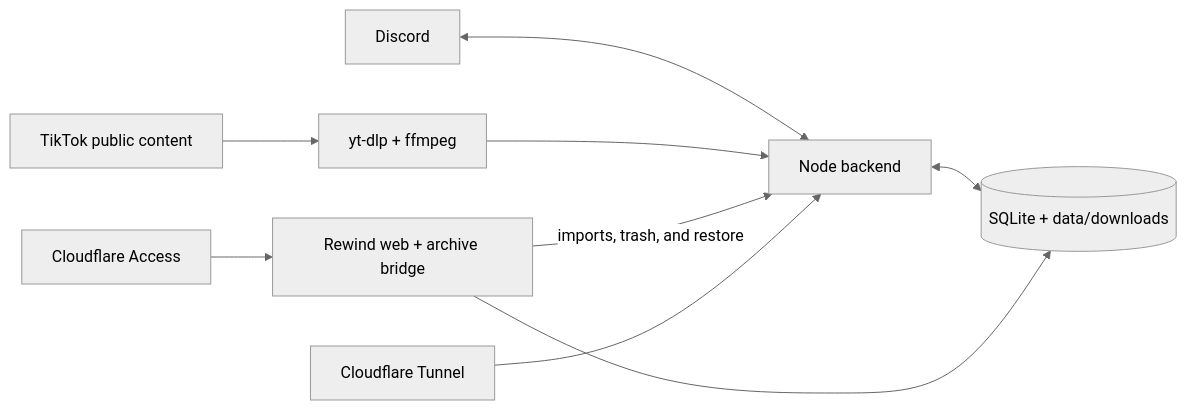
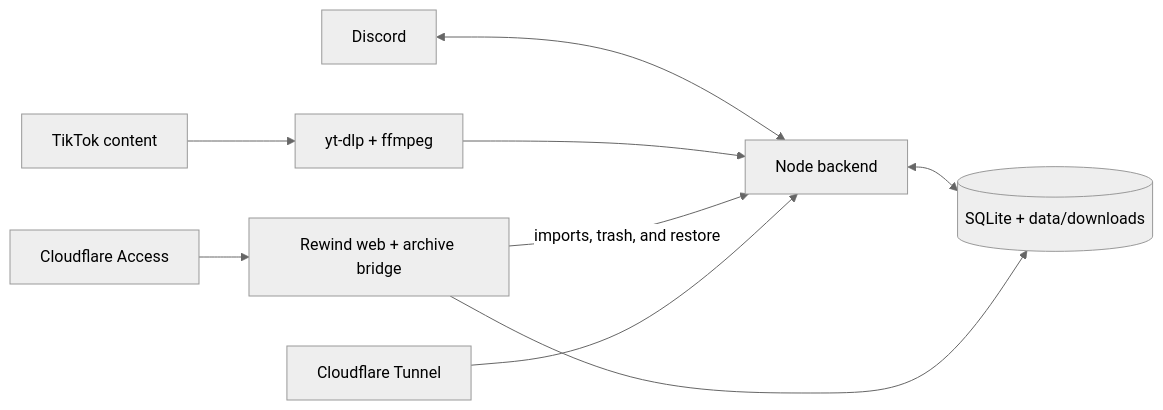
One commit to nqrwhal/tiktok-dlp changed the diagram in README.md. Above: the diagram before and after it, drawn with Mermaid (neutral theme). The commit also changed other lines of this file and 10 other files, not shown here.

First line of the commit message:
Treat Netscape cookies as an authenticated TikTok session.

````diff
--- a/README.md
+++ b/README.md
@@ -72,11 +78,11 @@
 ```mermaid
 flowchart LR
-    TikTok[TikTok public content] --> Media[yt-dlp + ffmpeg]
+    TikTok[TikTok content] --> Media[yt-dlp + ffmpeg]
     Discord[Discord] <--> Backend[Node backend]
     Media --> Backend
     Backend <--> State[(SQLite + data/downloads)]
     Rewind[Rewind web + archive bridge] --> State
     Rewind -->|imports, trash, and restore| Backend
     Tunnel[Cloudflare Tunnel] --> Backend
     Access[Cloudflare Access] --> Rewind
 ```
````
